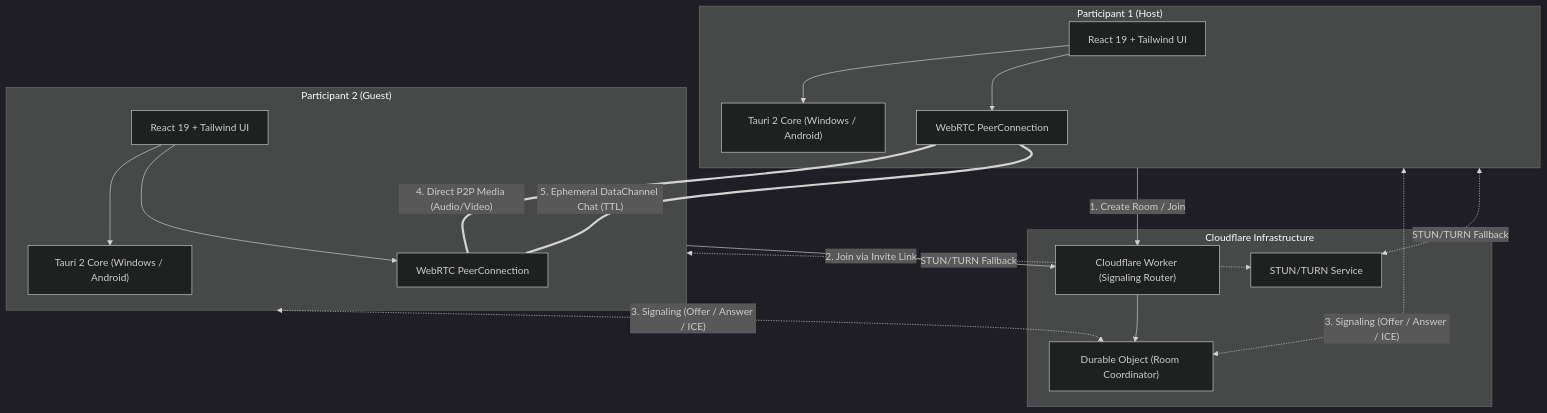
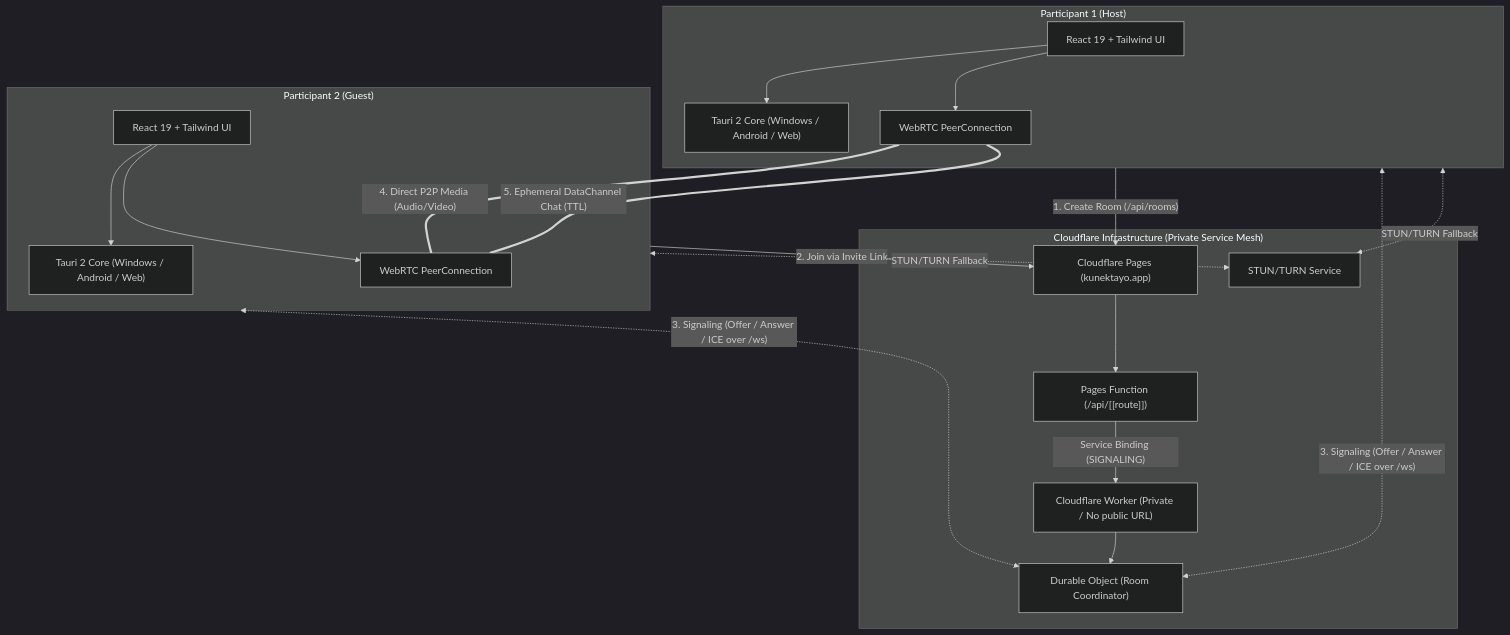
One commit to carlodandan/KunekTayo changed the first of 2 diagrams in project/ARCHITECTURE.md. Above: the diagram before and after it, drawn with Mermaid (dark theme). The commit also changed other lines of this file and 4 other files, not shown here.

````diff
--- a/project/ARCHITECTURE.md
+++ b/project/ARCHITECTURE.md
@@ -21,37 +22,42 @@
 ```mermaid
 flowchart TD
     subgraph ClientA["Participant 1 (Host)"]
         UI_A["React 19 + Tailwind UI"]
-        Tauri_A["Tauri 2 Core (Windows / Android)"]
+        Tauri_A["Tauri 2 Core (Windows / Android / Web)"]
         WebRTC_A["WebRTC PeerConnection"]
         UI_A --> Tauri_A
         UI_A --> WebRTC_A
     end
 
-    subgraph Cloudflare["Cloudflare Infrastructure"]
-        Worker["Cloudflare Worker (Signaling Router)"]
+    subgraph Cloudflare["Cloudflare Infrastructure (Private Service Mesh)"]
+        Pages["Cloudflare Pages (kunektayo.app)"]
+        Functions["Pages Function (/api/[[route]])"]
+        Worker["Cloudflare Worker (Private / No public URL)"]
         DO["Durable Object (Room Coordinator)"]
         STUN["STUN/TURN Service"]
+
+        Pages --> Functions
+        Functions -- "Service Binding (SIGNALING)" --> Worker
         Worker --> DO
     end
 
     subgraph ClientB["Participant 2 (Guest)"]
         UI_B["React 19 + Tailwind UI"]
-        Tauri_B["Tauri 2 Core (Windows / Android)"]
+        Tauri_B["Tauri 2 Core (Windows / Android / Web)"]
         WebRTC_B["WebRTC PeerConnection"]
         UI_B --> Tauri_B
         UI_B --> WebRTC_B
     end
 
-    ClientA -- "1. Create Room / Join" --> Worker
-    ClientB -- "2. Join via Invite Link" --> Worker
+    ClientA -- "1. Create Room (/api/rooms)" --> Pages
+    ClientB -- "2. Join via Invite Link" --> Pages
 
-    ClientA <-. "3. Signaling (Offer / Answer / ICE)" .-> DO
-    ClientB <-. "3. Signaling (Offer / Answer / ICE)" .-> DO
+    ClientA <-. "3. Signaling (Offer / Answer / ICE over /ws)" .-> DO
+    ClientB <-. "3. Signaling (Offer / Answer / ICE over /ws)" .-> DO
 
     ClientA <-. "STUN/TURN Fallback" .-> STUN
     ClientB <-. "STUN/TURN Fallback" .-> STUN
 
     WebRTC_A == "4. Direct P2P Media (Audio/Video)" === WebRTC_B
     WebRTC_A == "5. Ephemeral DataChannel Chat (TTL)" === WebRTC_B
 ```
````
